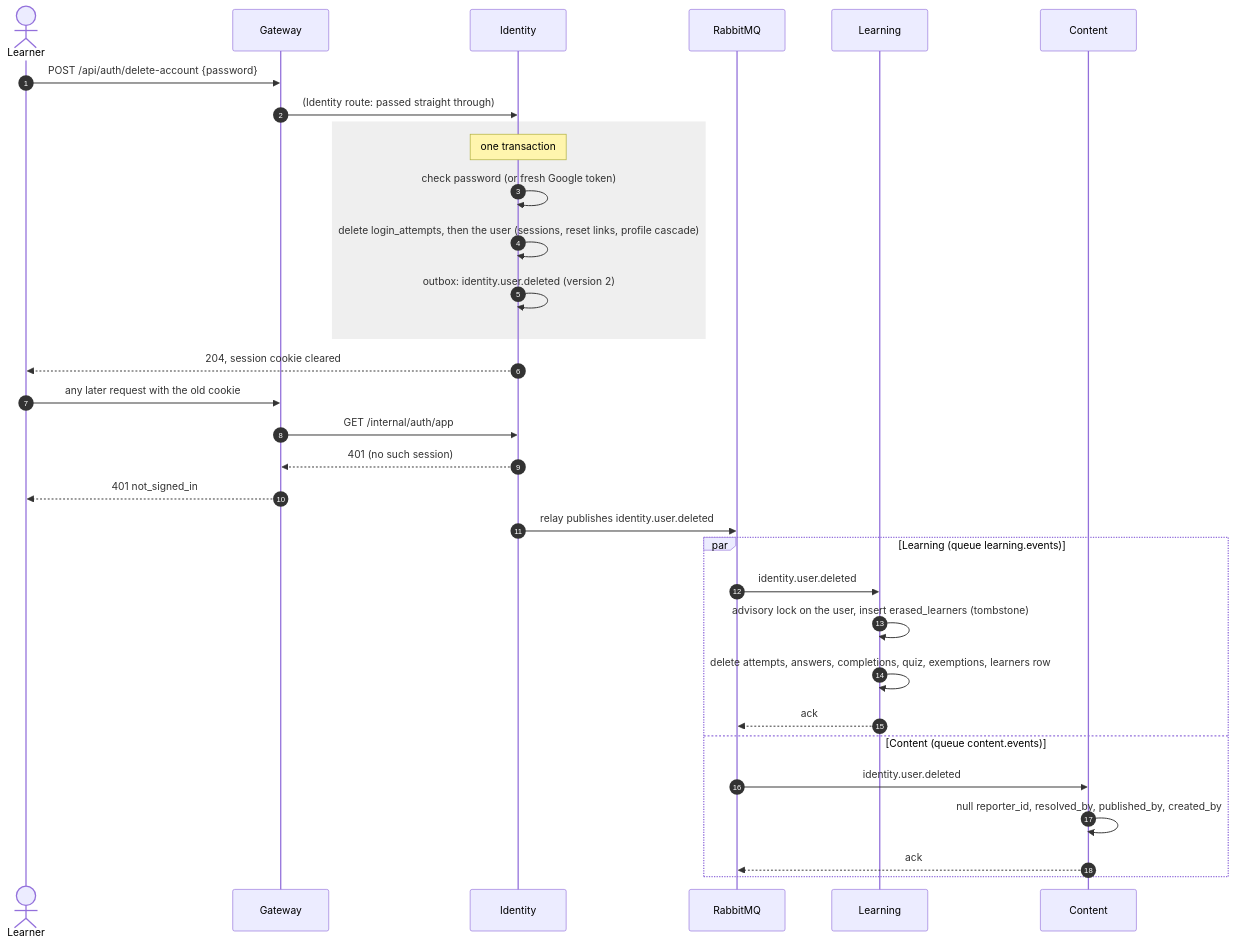
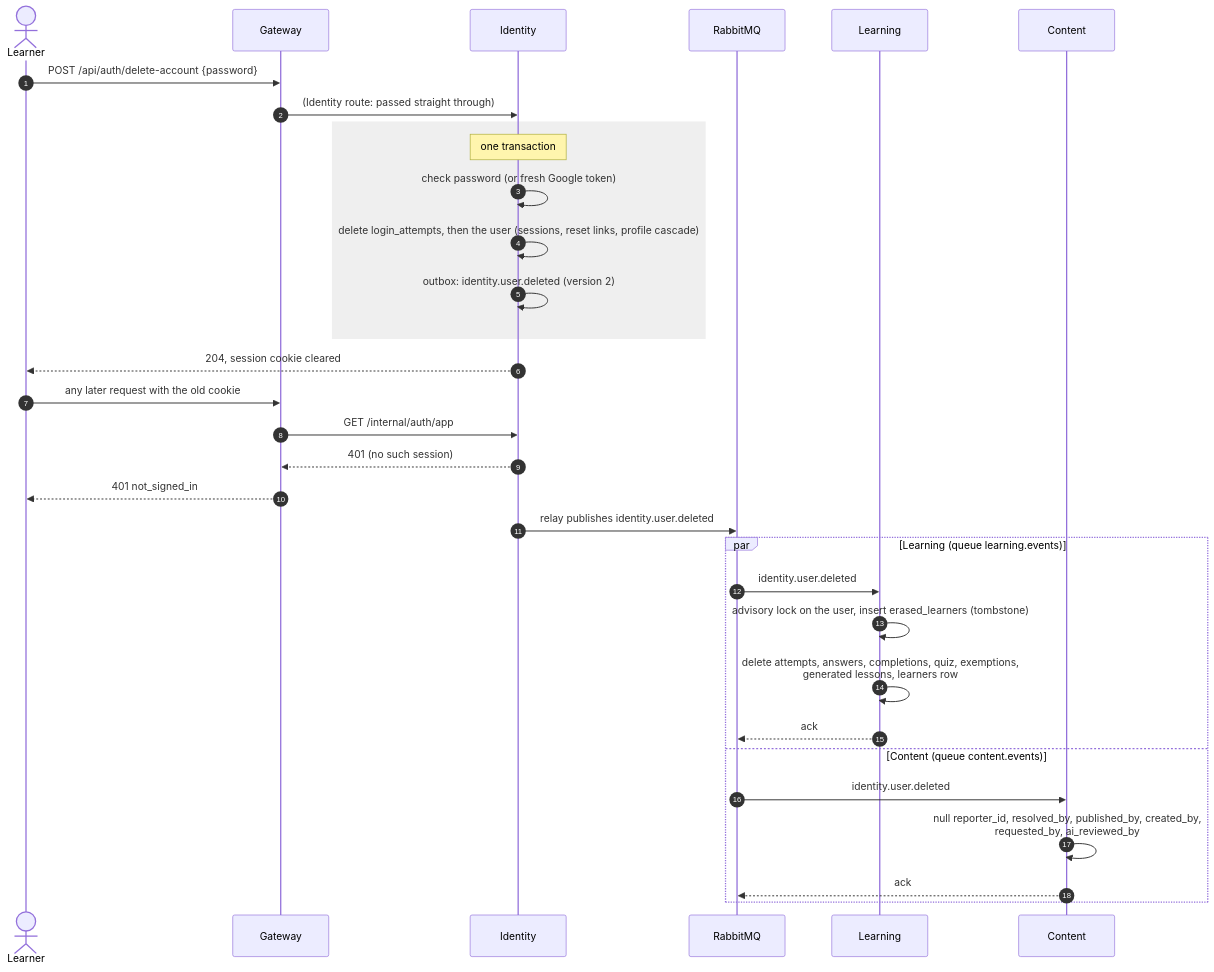
Before and after one commit to zaccymomo/sgjio: the fourth of 6 diagrams in docs/architecture/diagrams.md, drawn with Mermaid. The commit also changed other lines of this file and 126 other files, not shown here.

````diff
--- a/docs/architecture/diagrams.md
+++ b/docs/architecture/diagrams.md
@@ -120,35 +137,35 @@
 ```mermaid
 sequenceDiagram
     autonumber
     actor U as Learner
     participant G as Gateway
     participant I as Identity
     participant MQ as RabbitMQ
     participant L as Learning
     participant C as Content
 
     U->>G: POST /api/auth/delete-account {password}
     G->>I: (Identity route: passed straight through)
     rect rgba(127,127,127,0.12)
     note over I: one transaction
     I->>I: check password (or fresh Google token)
     I->>I: delete login_attempts, then the user (sessions, reset links, profile cascade)
     I->>I: outbox: identity.user.deleted (version 2)
     end
     I-->>U: 204, session cookie cleared
     U->>G: any later request with the old cookie
     G->>I: GET /internal/auth/app
     I-->>G: 401 (no such session)
     G-->>U: 401 not_signed_in
     I->>MQ: relay publishes identity.user.deleted
     par Learning (queue learning.events)
         MQ->>L: identity.user.deleted
         L->>L: advisory lock on the user, insert erased_learners (tombstone)
-        L->>L: delete attempts, answers, completions, quiz, exemptions, learners row
+        L->>L: delete attempts, answers, completions, quiz, exemptions,<br/>generated lessons, learners row
         L-->>MQ: ack
     and Content (queue content.events)
         MQ->>C: identity.user.deleted
-        C->>C: null reporter_id, resolved_by, published_by, created_by
+        C->>C: null reporter_id, resolved_by, published_by, created_by,<br/>requested_by, ai_reviewed_by
         C-->>MQ: ack
     end
 ```
````
